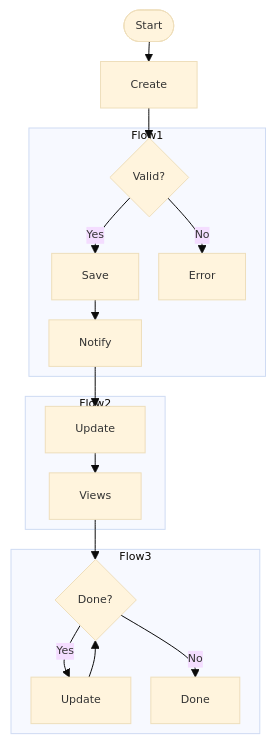
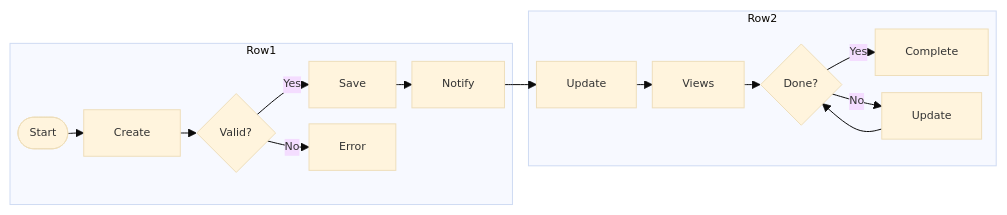
Before and after one commit to ritiku2004/Zira-Project-details: the diagram in diagrams/activity.mmd, drawn with Mermaid. The commit also changed 2 other files, not shown here.

Commit message:
Diagrames added

```diff
--- a/diagrams/activity.mmd
+++ b/diagrams/activity.mmd
@@ -1,22 +1,13 @@
-%%{init: {"theme":"base","flowchart": {"nodeSpacing": 20, "rankSpacing": 20, "curve":"basis"}, "themeVariables": {"fontSize": "11px"}}}%%
-flowchart TD
-  Start([Start]) --> Create[Create]
-  Create --> Valid{Valid?}
-  
-  subgraph Flow1
-    Valid -->|Yes| Save[Save]
+%%{init: {"theme":"base","flowchart": {"nodeSpacing": 16, "rankSpacing": 16, "curve":"basis"}, "themeVariables": {"fontSize": "11px"}}}%%
+flowchart LR
+  subgraph Row1
+    Start([Start]) --> Create[Create] --> Valid{Valid?}
+    Valid -->|Yes| Save[Save] --> Notify[Notify]
     Valid -->|No| Error[Error]
-    Save --> Notify[Notify]
   end
-  
-  subgraph Flow2
-    Notify --> Update[Update]
-    Update --> Views[Views]
-  end
-  
-  subgraph Flow3
-    Views --> Loop{Done?}
-    Loop -->|Yes| Status[Update]
-    Loop -->|No| Complete[Done]
+  subgraph Row2
+    Notify --> Update[Update] --> Views[Views] --> Loop{Done?}
+    Loop -->|Yes| Done[Complete]
+    Loop -->|No| Status[Update]
     Status --> Loop
   end
```
